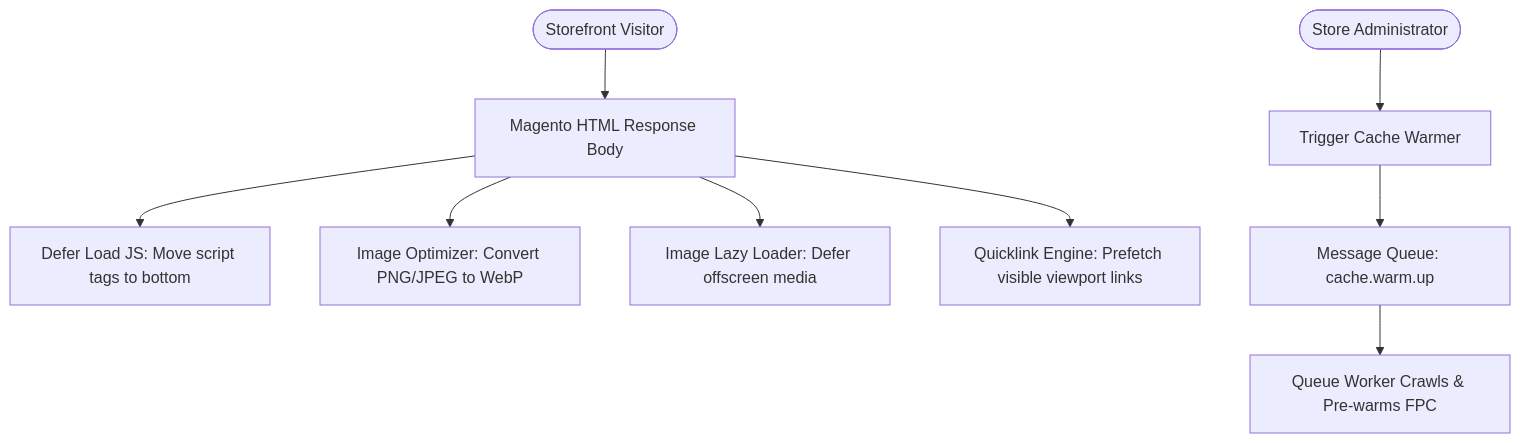
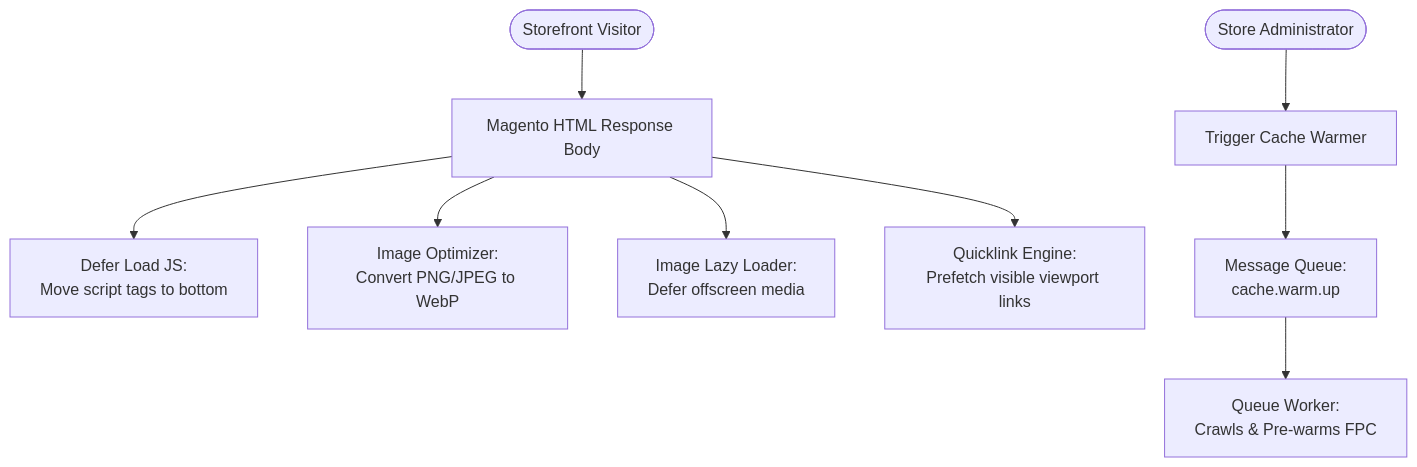
The diagram in store-optimization-doc/docs/introduction.md (magentowebkul/magento-doc), drawn with Mermaid before and after one commit. The commit also changed 16 other files, not shown here.

````diff
--- a/store-optimization-doc/docs/introduction.md
+++ b/store-optimization-doc/docs/introduction.md
@@ -18,12 +18,12 @@
 ```mermaid
 flowchart TD
     Customer([Storefront Visitor]) --> Response[Magento HTML Response Body]
-    Response --> DeferJS[Defer Load JS: Move script tags to bottom]
-    Response --> ImageOpt[Image Optimizer: Convert PNG/JPEG to WebP]
-    Response --> LazyLoad[Image Lazy Loader: Defer offscreen media]
-    Response --> Quicklink[Quicklink Engine: Prefetch visible viewport links]
+    Response --> DeferJS["Defer Load JS:<br/>Move script tags to bottom"]
+    Response --> ImageOpt["Image Optimizer:<br/>Convert PNG/JPEG to WebP"]
+    Response --> LazyLoad["Image Lazy Loader:<br/>Defer offscreen media"]
+    Response --> Quicklink["Quicklink Engine:<br/>Prefetch visible viewport links"]
     
     Admin([Store Administrator]) --> CacheWarm[Trigger Cache Warmer]
-    CacheWarm --> Queue[Message Queue: cache.warm.up]
-    Queue --> Consumer[Queue Worker Crawls & Pre-warms FPC]
+    CacheWarm --> Queue["Message Queue:<br/>cache.warm.up"]
+    Queue --> Consumer["Queue Worker:<br/>Crawls & Pre-warms FPC"]
 ```
````
